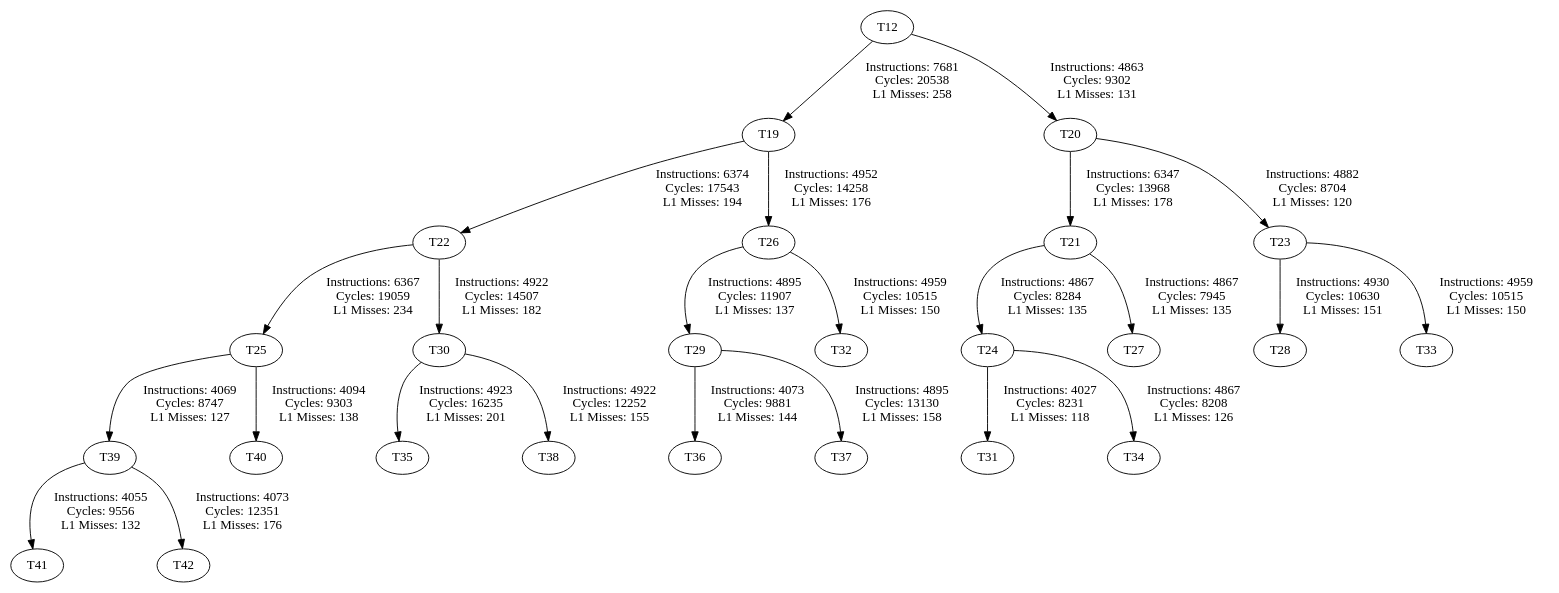
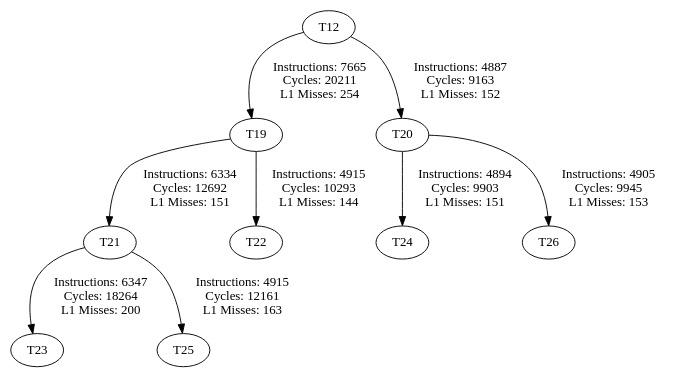
The diagram in Python/taskSpawn.dot (shayanmukhtar/HelloWorld), drawn with Graphviz before and after one commit. The commit also changed 7 other files, not shown here.

```diff
--- a/Python/taskSpawn.dot
+++ b/Python/taskSpawn.dot
@@ -1,100 +1,36 @@
 //task spawn graph
 digraph taskSpawn {
-	T12 -> T19 [label = " Instructions: 7681
-Cycles: 20538
-L1 Misses: 258
+	T12 -> T19 [label = " Instructions: 7665
+Cycles: 20211
+L1 Misses: 254
 "];
-	T12 -> T20 [label = " Instructions: 4863
-Cycles: 9302
-L1 Misses: 131
+	T12 -> T20 [label = " Instructions: 4887
+Cycles: 9163
+L1 Misses: 152
 "];
-	T19 -> T22 [label = " Instructions: 6374
-Cycles: 17543
-L1 Misses: 194
-"];
-	T20 -> T21 [label = " Instructions: 6347
-Cycles: 13968
-L1 Misses: 178
-"];
-	T20 -> T23 [label = " Instructions: 4882
-Cycles: 8704
-L1 Misses: 120
-"];
-	T22 -> T25 [label = " Instructions: 6367
-Cycles: 19059
-L1 Misses: 234
-"];
-	T21 -> T24 [label = " Instructions: 4867
-Cycles: 8284
-L1 Misses: 135
-"];
-	T19 -> T26 [label = " Instructions: 4952
-Cycles: 14258
-L1 Misses: 176
-"];
-	T21 -> T27 [label = " Instructions: 4867
-Cycles: 7945
-L1 Misses: 135
-"];
-	T23 -> T28 [label = " Instructions: 4930
-Cycles: 10630
+	T19 -> T21 [label = " Instructions: 6334
+Cycles: 12692
 L1 Misses: 151
 "];
-	T26 -> T29 [label = " Instructions: 4895
-Cycles: 11907
-L1 Misses: 137
-"];
-	T22 -> T30 [label = " Instructions: 4922
-Cycles: 14507
-L1 Misses: 182
-"];
-	T24 -> T31 [label = " Instructions: 4027
-Cycles: 8231
-L1 Misses: 118
-"];
-	T26 -> T32 [label = " Instructions: 4959
-Cycles: 10515
-L1 Misses: 150
-"];
-	T24 -> T34 [label = " Instructions: 4867
-Cycles: 8208
-L1 Misses: 126
-"];
-	T23 -> T33 [label = " Instructions: 4959
-Cycles: 10515
-L1 Misses: 150
-"];
-	T30 -> T35 [label = " Instructions: 4923
-Cycles: 16235
-L1 Misses: 201
-"];
-	T29 -> T36 [label = " Instructions: 4073
-Cycles: 9881
+	T19 -> T22 [label = " Instructions: 4915
+Cycles: 10293
 L1 Misses: 144
 "];
-	T29 -> T37 [label = " Instructions: 4895
-Cycles: 13130
-L1 Misses: 158
+	T21 -> T23 [label = " Instructions: 6347
+Cycles: 18264
+L1 Misses: 200
 "];
-	T30 -> T38 [label = " Instructions: 4922
-Cycles: 12252
-L1 Misses: 155
+	T20 -> T24 [label = " Instructions: 4894
+Cycles: 9903
+L1 Misses: 151
 "];
-	T25 -> T39 [label = " Instructions: 4069
-Cycles: 8747
-L1 Misses: 127
+	T21 -> T25 [label = " Instructions: 4915
+Cycles: 12161
+L1 Misses: 163
 "];
-	T25 -> T40 [label = " Instructions: 4094
-Cycles: 9303
-L1 Misses: 138
-"];
-	T39 -> T41 [label = " Instructions: 4055
-Cycles: 9556
-L1 Misses: 132
-"];
-	T39 -> T42 [label = " Instructions: 4073
-Cycles: 12351
-L1 Misses: 176
+	T20 -> T26 [label = " Instructions: 4905
+Cycles: 9945
+L1 Misses: 153
 "];
 
 }
```
